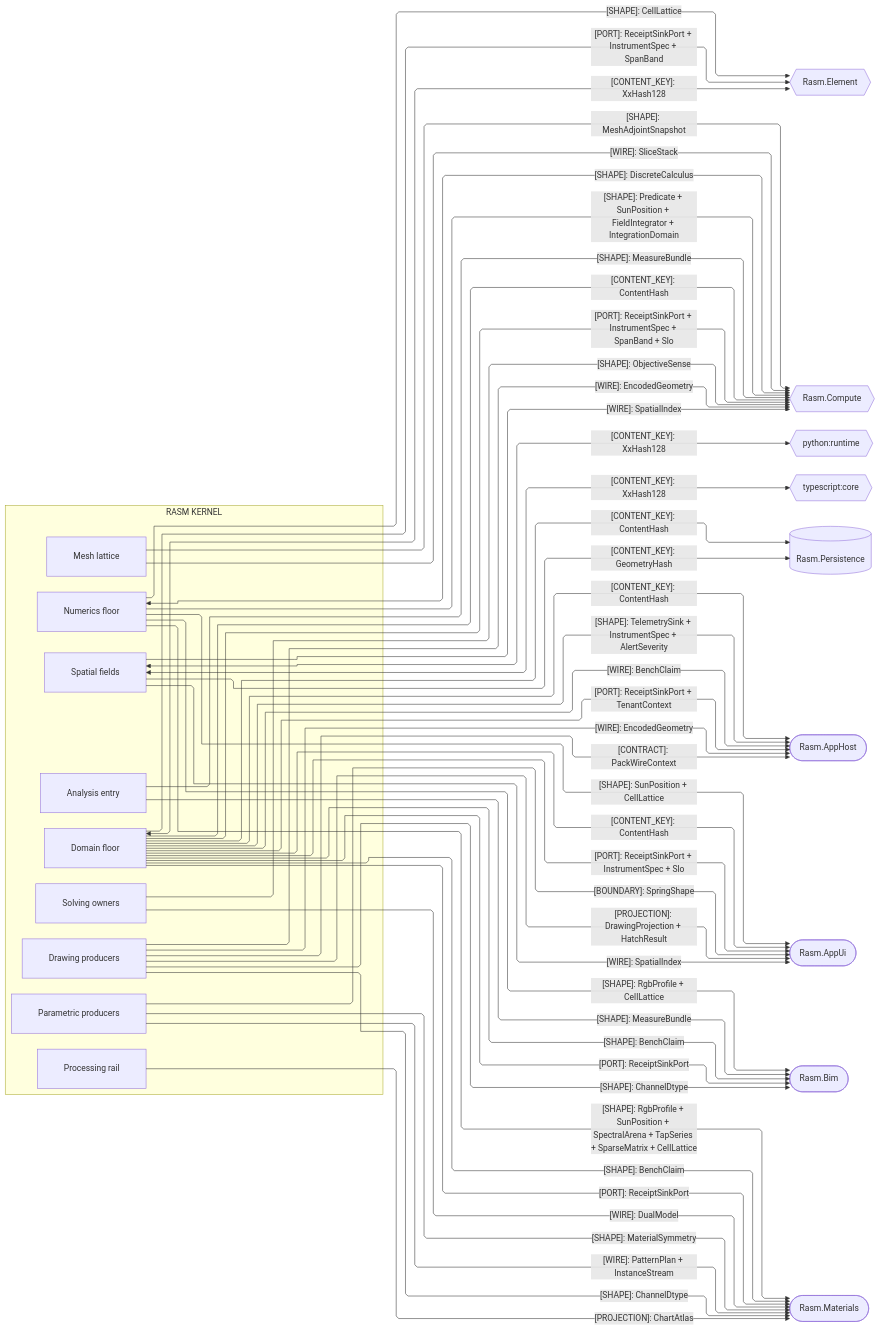
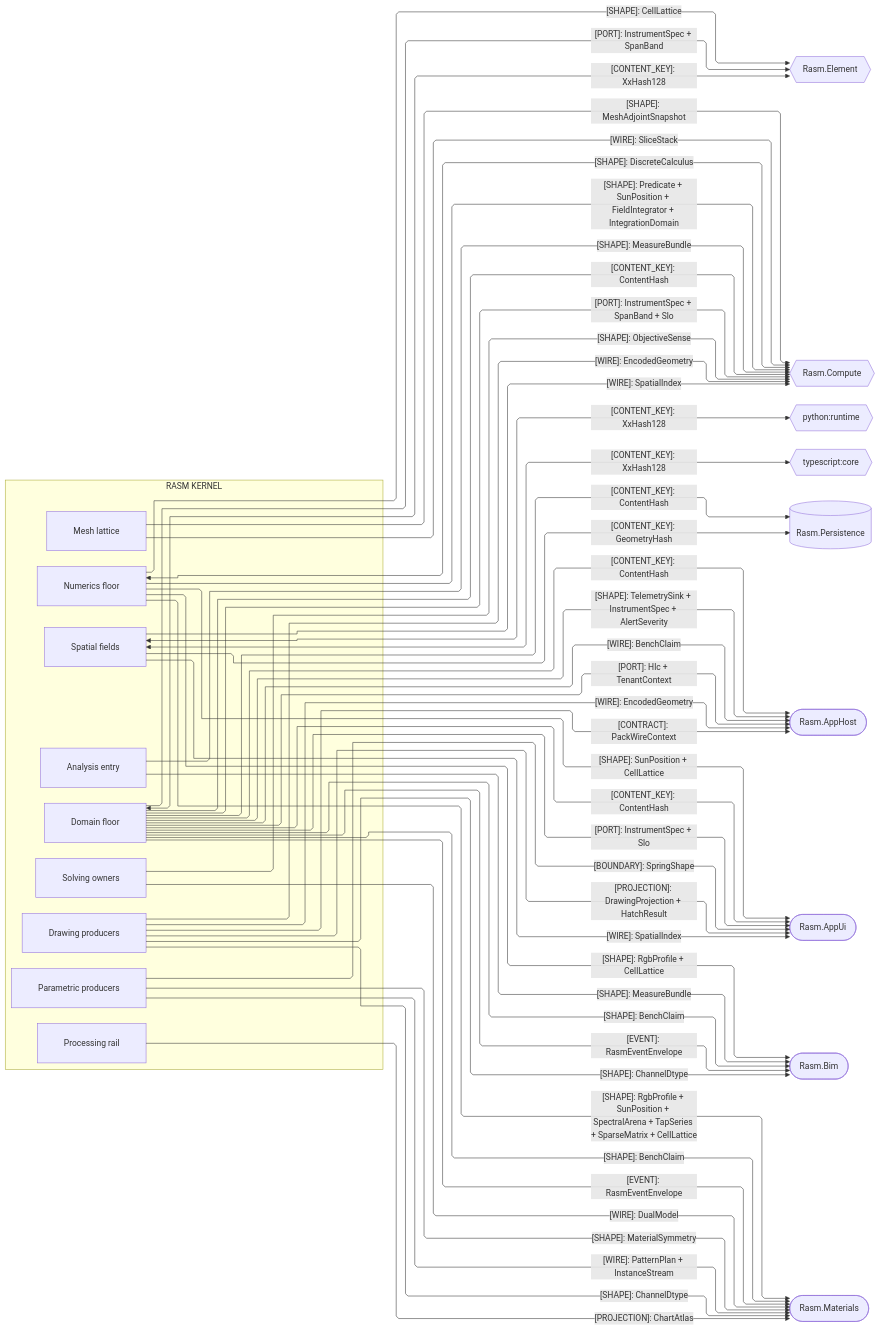
One commit to bsamiee/Rasm changed the second of 4 diagrams in libs/dotnet/Rasm/ARCHITECTURE.md. Above: the diagram before and after it, drawn with Mermaid. The commit also changed other lines of this file and 1417 other files, not shown here.

````diff
--- a/libs/dotnet/Rasm/ARCHITECTURE.md
+++ b/libs/dotnet/Rasm/ARCHITECTURE.md
@@ -171,74 +171,74 @@
 ```mermaid
 ---
 config:
   layout: elk
   flowchart:
     curve: linear
     padding: 25
 ---
 flowchart LR
     accTitle: Kernel content-key and compute-plane seams
     accDescr: Which content keys, shapes, ports, wires, and projections the kernel owners hand same-branch and cross-runtime peers.
     subgraph rasm[RASM KERNEL]
         Domain[Domain floor]
         Numerics[Numerics floor]
         Spatial[Spatial fields]
         Meshing[Mesh lattice]
         Parametric[Parametric producers]
         Processing[Processing rail]
         Solving[Solving owners]
         Drawing[Drawing producers]
         Analysis[Analysis entry]
     end
     Element{{Rasm.Element}}
     Compute{{Rasm.Compute}}
     Runtime{{python:runtime}}
     Core{{typescript:core}}
     Persistence[(Rasm.Persistence)]
     AppHost([Rasm.AppHost])
     AppUi([Rasm.AppUi])
     Bim([Rasm.Bim])
     Materials([Rasm.Materials])
     Domain e1@<-->|"[CONTENT_KEY]: XxHash128"| Element
-    Domain e2@-->|"[PORT]: ReceiptSinkPort + InstrumentSpec + SpanBand"| Element
+    Domain e2@-->|"[PORT]: InstrumentSpec + SpanBand"| Element
     Domain e3@-->|"[CONTENT_KEY]: ContentHash"| Persistence
     Domain e4@-->|"[CONTENT_KEY]: ContentHash"| Compute
-    Domain e5@-->|"[PORT]: ReceiptSinkPort + InstrumentSpec + SpanBand + Slo"| Compute
+    Domain e5@-->|"[PORT]: InstrumentSpec + SpanBand + Slo"| Compute
     Domain e6@-->|"[CONTENT_KEY]: ContentHash"| AppHost
     Domain e7@-->|"[SHAPE]: TelemetrySink + InstrumentSpec + AlertSeverity"| AppHost
     Domain e8@-->|"[WIRE]: BenchClaim"| AppHost
-    Domain e9@-->|"[PORT]: ReceiptSinkPort + TenantContext"| AppHost
+    Domain e9@-->|"[PORT]: Hlc + TenantContext"| AppHost
     Domain e10@-->|"[CONTENT_KEY]: ContentHash"| AppUi
-    Domain e11@-->|"[PORT]: ReceiptSinkPort + InstrumentSpec + Slo"| AppUi
+    Domain e11@-->|"[PORT]: InstrumentSpec + Slo"| AppUi
     Domain e12@-->|"[SHAPE]: BenchClaim"| Bim
-    Domain e13@-->|"[PORT]: ReceiptSinkPort"| Bim
+    Domain e13@-->|"[EVENT]: RasmEventEnvelope"| Bim
     Domain e14@-->|"[SHAPE]: BenchClaim"| Materials
-    Domain e15@-->|"[PORT]: ReceiptSinkPort"| Materials
+    Domain e15@-->|"[EVENT]: RasmEventEnvelope"| Materials
     Numerics e16@<-->|"[SHAPE]: DiscreteCalculus"| Compute
     Numerics e17@-->|"[SHAPE]: Predicate + SunPosition + FieldIntegrator + IntegrationDomain"| Compute
     Numerics e18@-->|"[SHAPE]: CellLattice"| Element
     Numerics e19@-->|"[SHAPE]: RgbProfile + CellLattice"| Bim
     Numerics e20@-->|"[SHAPE]: SunPosition + CellLattice"| AppUi
     Numerics e21@-->|"[SHAPE]: RgbProfile + SunPosition + SpectralArena + TapSeries + SparseMatrix + CellLattice"| Materials
     Spatial e22@<-->|"[CONTENT_KEY]: XxHash128"| Runtime
     Spatial e23@<-->|"[CONTENT_KEY]: XxHash128"| Core
     Spatial e24@-->|"[CONTENT_KEY]: GeometryHash"| Persistence
     Spatial e25@-->|"[WIRE]: SpatialIndex"| Compute
     Spatial e26@-->|"[WIRE]: SpatialIndex"| AppUi
     Meshing e27@-->|"[SHAPE]: MeshAdjointSnapshot"| Compute
     Meshing e28@-->|"[WIRE]: SliceStack"| Compute
     Parametric e29@-->|"[BOUNDARY]: SpringShape"| AppUi
     Parametric e30@-->|"[SHAPE]: MaterialSymmetry"| Materials
     Parametric e31@-->|"[WIRE]: PatternPlan + InstanceStream"| Materials
     Processing e32@-->|"[PROJECTION]: ChartAtlas"| Materials
     Solving e33@-->|"[SHAPE]: ObjectiveSense"| Compute
     Solving e34@-->|"[WIRE]: DualModel"| Materials
     Drawing e35@-->|"[WIRE]: EncodedGeometry"| Compute
     Drawing e36@-->|"[CONTRACT]: PackWireContext"| AppHost
     Drawing e37@-->|"[WIRE]: EncodedGeometry"| AppHost
     Drawing e38@-->|"[PROJECTION]: DrawingProjection + HatchResult"| AppUi
     Drawing e39@-->|"[SHAPE]: ChannelDtype"| Bim
     Drawing e40@-->|"[SHAPE]: ChannelDtype"| Materials
     Analysis e41@-->|"[SHAPE]: MeasureBundle"| Compute
     Analysis e42@-->|"[SHAPE]: MeasureBundle"| Bim
 ```
````
